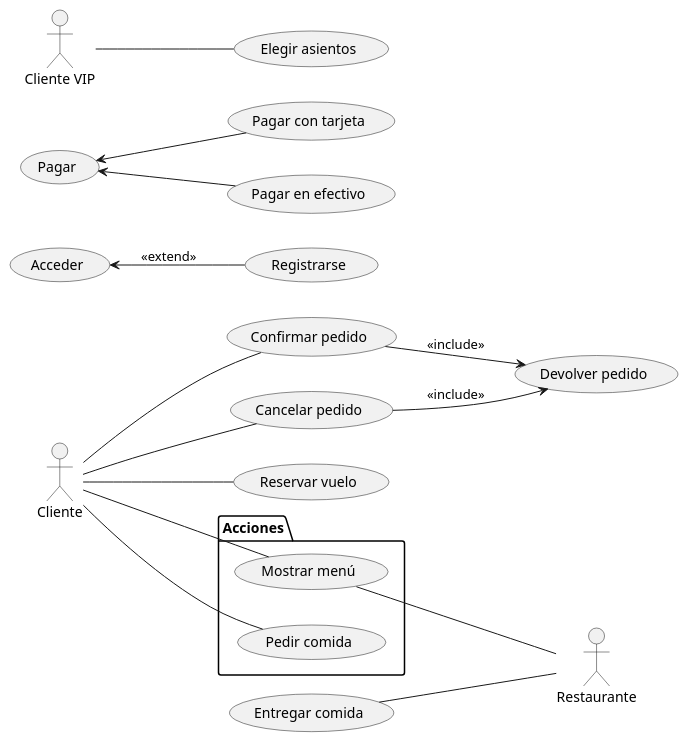
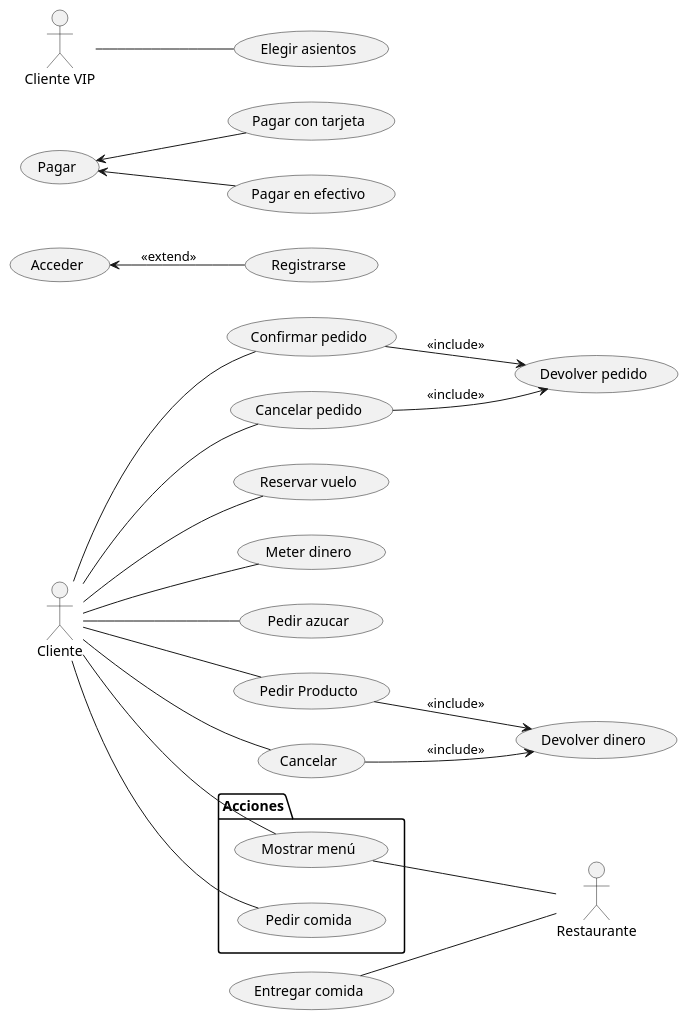
One commit to CrisMH1/ChristianM_UML changed the diagram in Casos_de_uso.puml. Above: the diagram before and after it, drawn with PlantUML.

Commit message:
Update Casos_de_uso.puml
Añadido ejemplo Máquina de café

```diff
--- a/Casos_de_uso.puml
+++ b/Casos_de_uso.puml
@@ -1,30 +1,38 @@
 @startuml
 'https://plantuml.com/class-diagram
 
 left to right direction
 package Acciones{
 usecase "Mostrar menú" as menu
 usecase "Pedir comida" as pedir
 
 }
 
 :Cliente: -- menu
 :Cliente: -- pedir
  (Entregar comida)-- :Restaurante:
  menu -- :Restaurante:
  
  left to right direction
 :Cliente: -- (Confirmar pedido)
 :Cliente: -- (Cancelar pedido)
 (Confirmar pedido) --> (Devolver pedido) : <<include>>
 (Cancelar pedido) --> (Devolver pedido) : <<include>>
 (Acceder) <-- (Registrarse) : <<extend>>
 
 (Pagar)<-- (Pagar con tarjeta)
 (Pagar)<-- (Pagar en efectivo)
 
 :Cliente: -- (Reservar vuelo)
 :Cliente VIP: -- (Elegir asientos)
 
+left to right direction
+:Cliente: -- (Meter dinero)
+:Cliente: -- (Pedir azucar)
+:Cliente: -- (Pedir Producto)
+:Cliente: -- (Cancelar)
+(Cancelar) -->(Devolver dinero) : <<include>>
+(Pedir Producto) --> (Devolver dinero) : <<include>>
+
 
 @enduml
```
